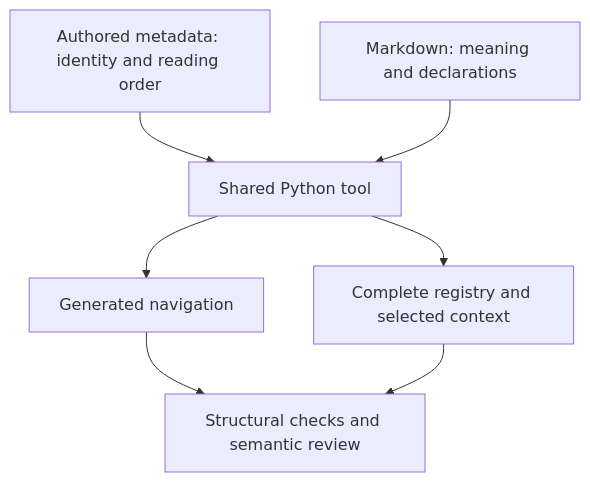
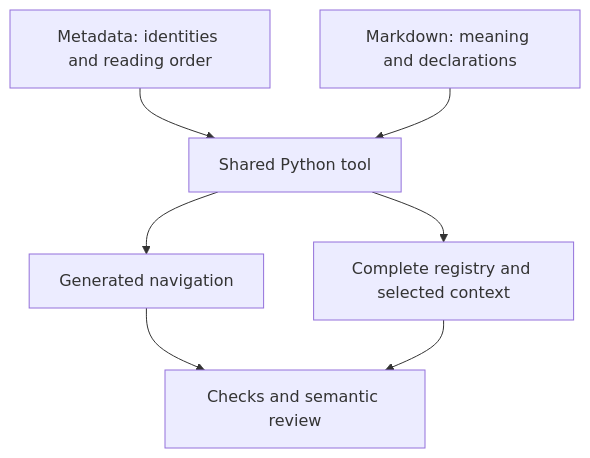
Before and after one commit to symbiotic-build/house-rules: the diagram in docs/specs/spec-system/overview.md, drawn with Mermaid. The commit also changed other lines of this file and 53 other files, not shown here.

First line of the commit message:
Reading order, continuing example and executable acceptance evidence

````diff
--- a/docs/specs/spec-system/overview.md
+++ b/docs/specs/spec-system/overview.md
@@ -113,15 +11,15 @@
 ```mermaid
 flowchart TD
-    M["Authored metadata: identity and reading order"]
+    M["Metadata: identities and reading order"]
     H["Markdown: meaning and declarations"]
     C["Shared Python tool"]
     N["Generated navigation"]
     P["Complete registry and selected context"]
-    R["Structural checks and semantic review"]
+    R["Checks and semantic review"]
     M --> C
     H --> C
     C --> N
     C --> P
     N --> R
     P --> R
 ```
````
